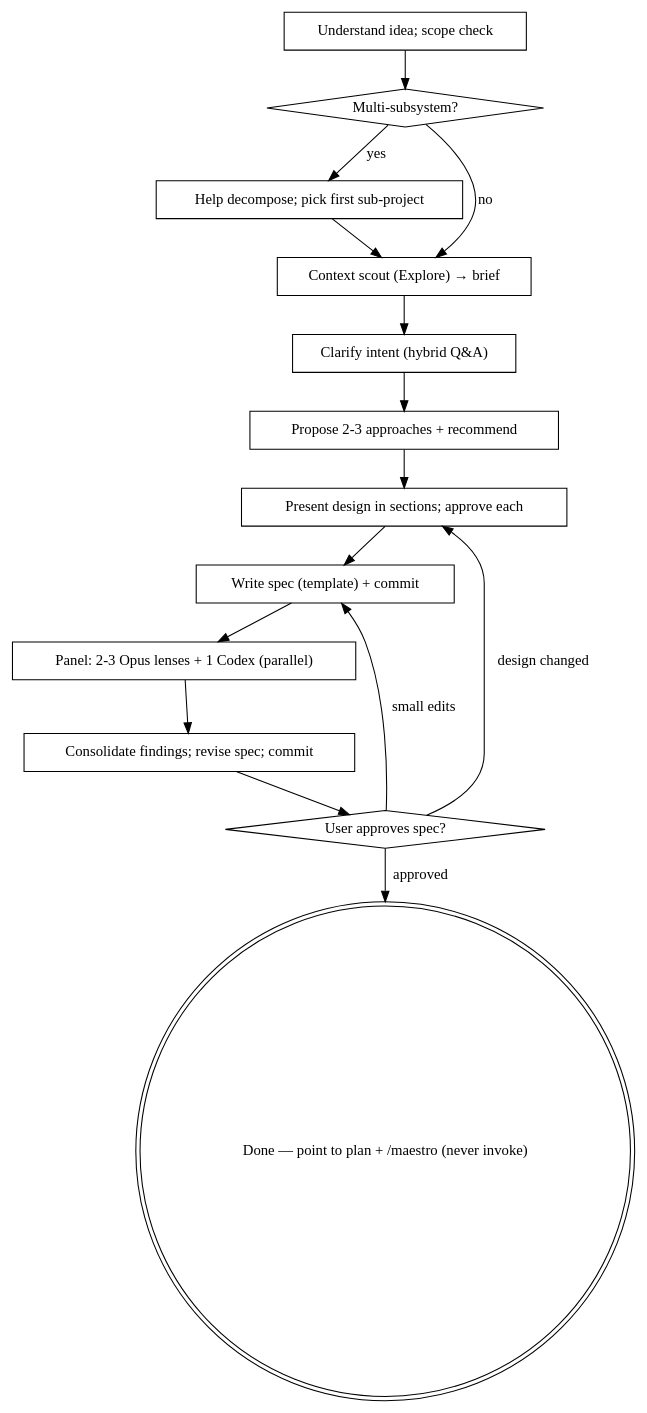
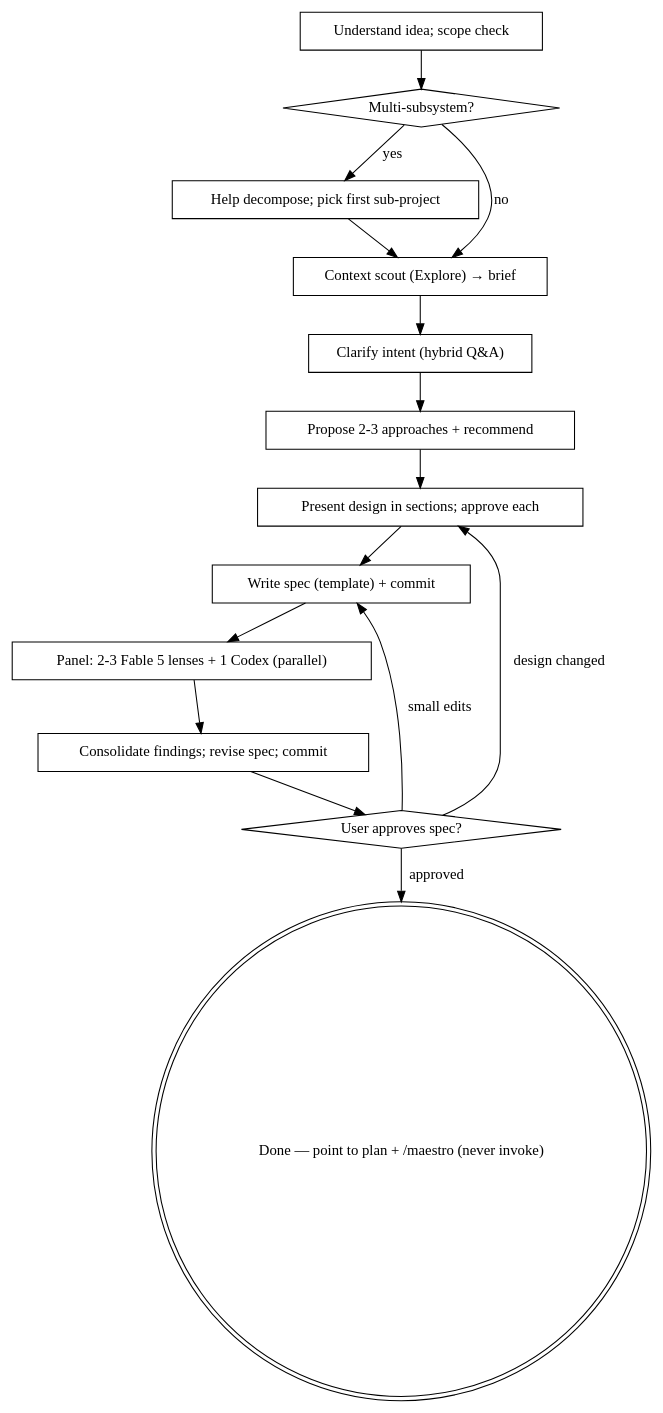
The diagram in skills/libretto/SKILL.md (PythonShe/Repertoire), drawn with Graphviz before and after one commit. The commit also changed other lines of this file and 38 other files, not shown here.

````diff
--- a/skills/libretto/SKILL.md
+++ b/skills/libretto/SKILL.md
@@ -66,32 +66,32 @@
 ```dot
 digraph libretto {
     rankdir=TB;
     "Understand idea; scope check" [shape=box];
     "Multi-subsystem?" [shape=diamond];
     "Help decompose; pick first sub-project" [shape=box];
     "Context scout (Explore) → brief" [shape=box];
     "Clarify intent (hybrid Q&A)" [shape=box];
     "Propose 2-3 approaches + recommend" [shape=box];
     "Present design in sections; approve each" [shape=box];
     "Write spec (template) + commit" [shape=box];
-    "Panel: 2-3 Opus lenses + 1 Codex (parallel)" [shape=box];
+    "Panel: 2-3 Fable 5 lenses + 1 Codex (parallel)" [shape=box];
     "Consolidate findings; revise spec; commit" [shape=box];
     "User approves spec?" [shape=diamond];
     "Done — point to plan + /maestro (never invoke)" [shape=doublecircle];
 
     "Understand idea; scope check" -> "Multi-subsystem?";
     "Multi-subsystem?" -> "Help decompose; pick first sub-project" [label="yes"];
     "Multi-subsystem?" -> "Context scout (Explore) → brief" [label="no"];
     "Help decompose; pick first sub-project" -> "Context scout (Explore) → brief";
     "Context scout (Explore) → brief" -> "Clarify intent (hybrid Q&A)";
     "Clarify intent (hybrid Q&A)" -> "Propose 2-3 approaches + recommend";
     "Propose 2-3 approaches + recommend" -> "Present design in sections; approve each";
     "Present design in sections; approve each" -> "Write spec (template) + commit";
-    "Write spec (template) + commit" -> "Panel: 2-3 Opus lenses + 1 Codex (parallel)";
-    "Panel: 2-3 Opus lenses + 1 Codex (parallel)" -> "Consolidate findings; revise spec; commit";
+    "Write spec (template) + commit" -> "Panel: 2-3 Fable 5 lenses + 1 Codex (parallel)";
+    "Panel: 2-3 Fable 5 lenses + 1 Codex (parallel)" -> "Consolidate findings; revise spec; commit";
     "Consolidate findings; revise spec; commit" -> "User approves spec?";
     "User approves spec?" -> "Present design in sections; approve each" [label="design changed"];
     "User approves spec?" -> "Write spec (template) + commit" [label="small edits"];
     "User approves spec?" -> "Done — point to plan + /maestro (never invoke)" [label="approved"];
 }
 ```
````
